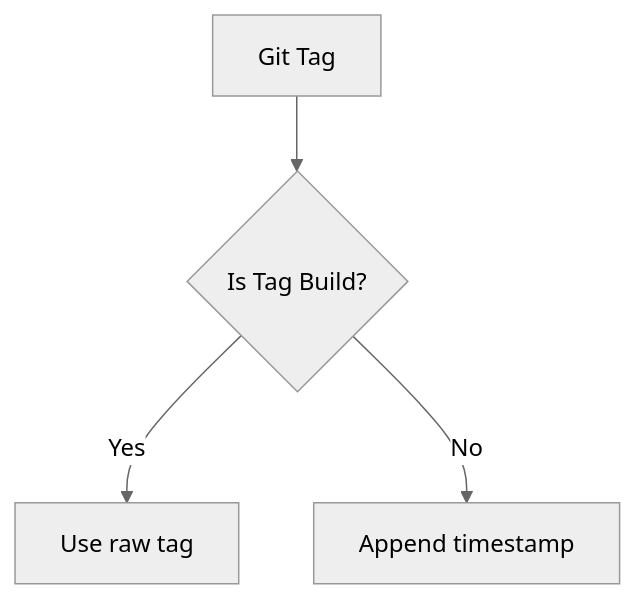
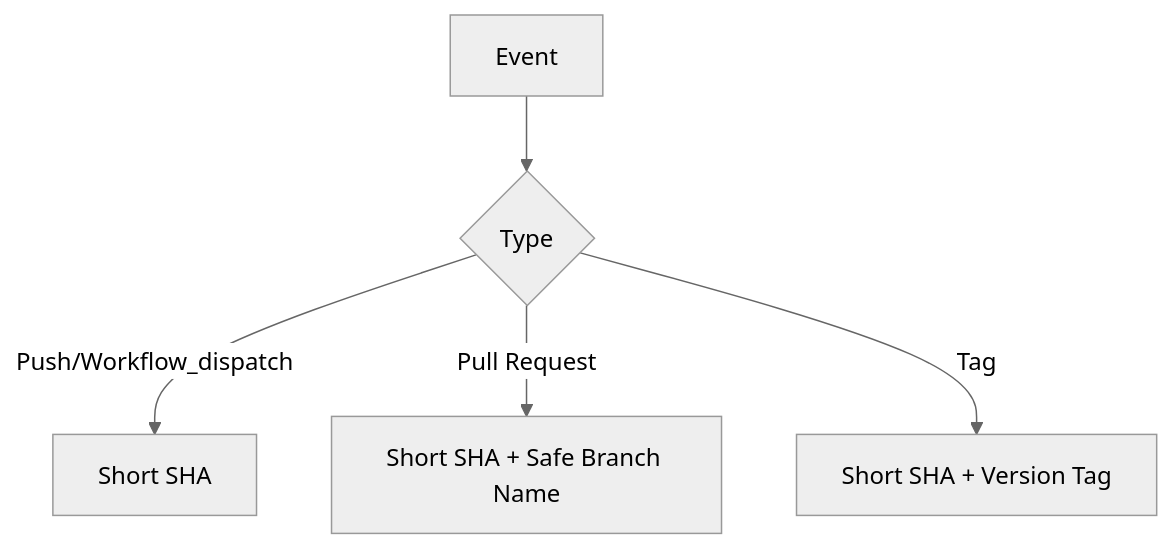
One commit to GreengageDB/greengage-ci changed the diagram in README.md. Above: the diagram before and after it, drawn with Mermaid (neutral theme). The commit also changed other lines of this file and 1 other file, not shown here.

Commit message:
Update Tagging Strategy   - Short SHA tag for all events   - Safe branch name tag for pull requests   - Version tag for tagged releases

````diff
--- a/README.md
+++ b/README.md
@@ -239,6 +244,7 @@
 ```mermaid
 graph TD
-    A[Git Tag] --> B{Is Tag Build?}
-    B -->|Yes| C[Use raw tag]
-    B -->|No| D[Append timestamp]
+    A[Event] --> B{Type}
+    B -->|Push/Workflow_dispatch| C[Short SHA]
+    B -->|Pull Request| D[Short SHA + Safe Branch Name]
+    B -->|Tag| E[Short SHA + Version Tag]
 ```
````
